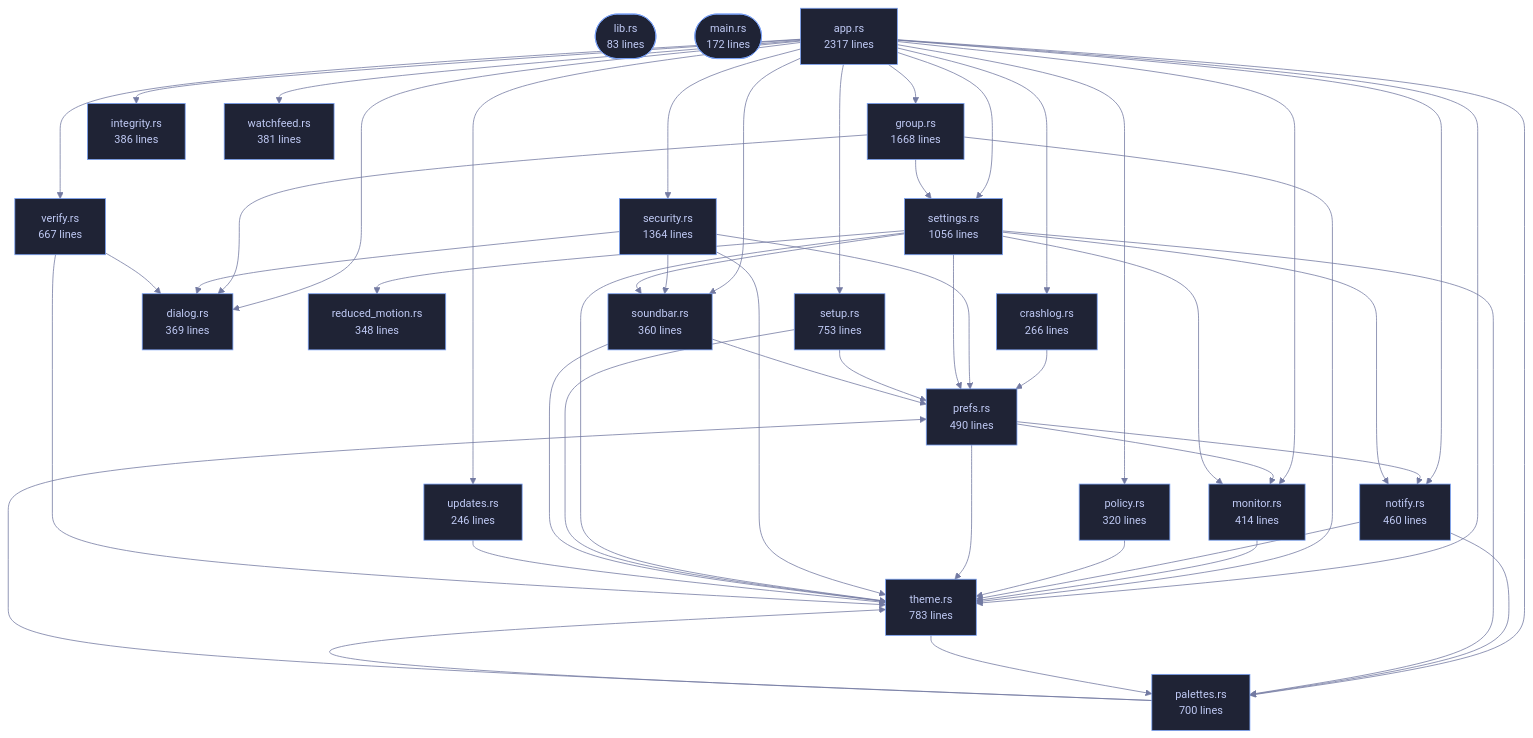
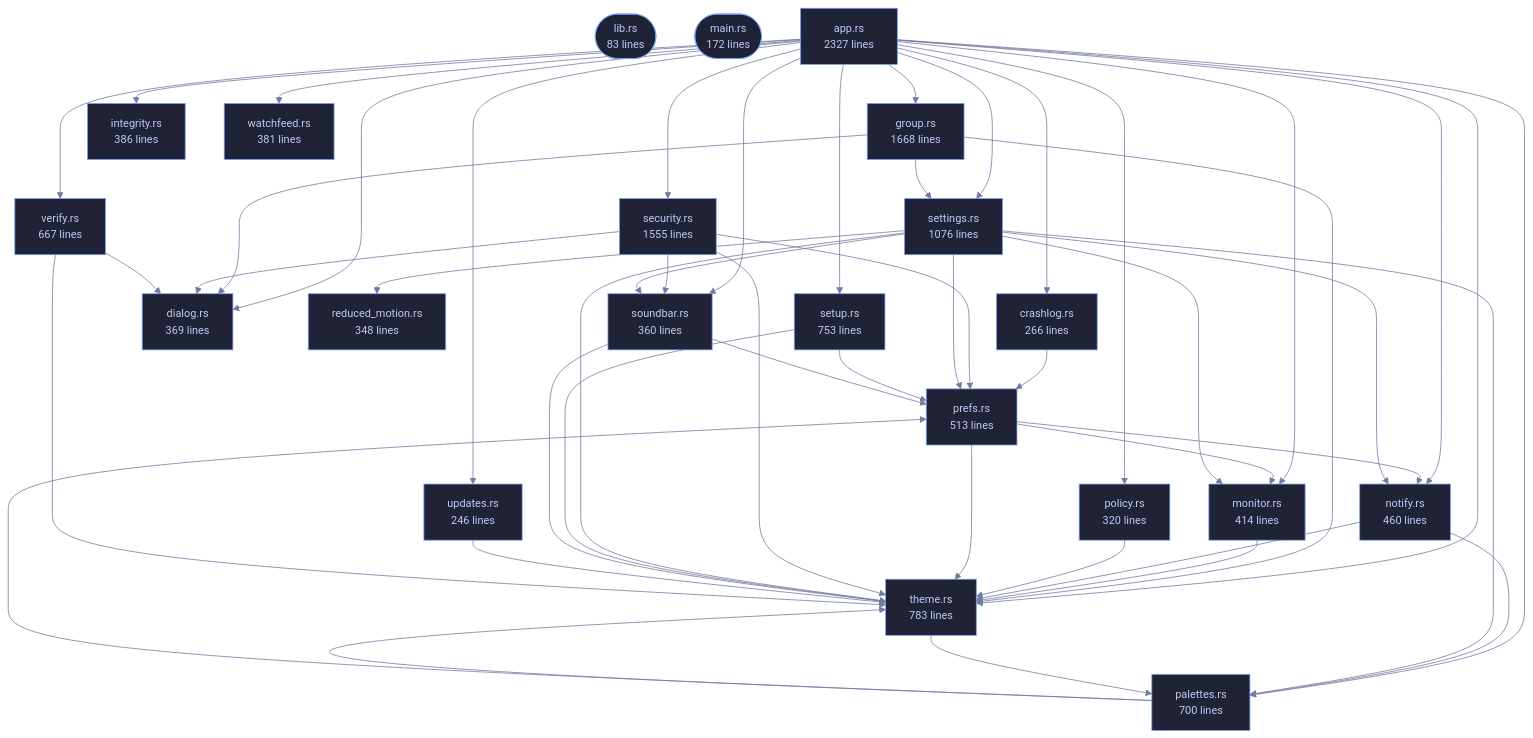
The diagram in crates/veilvoice-gui/README.md (tilas01/veilvoice), drawn with Mermaid before and after one commit. The commit also changed other lines of this file and 49 other files, not shown here.

```diff
--- a/crates/veilvoice-gui/README.md
+++ b/crates/veilvoice-gui/README.md
@@ -96,7 +96,7 @@
 flowchart TD
     n_lib(["lib.rs<br/>83 lines"])
     n_main(["main.rs<br/>172 lines"])
-    n_app["app.rs<br/>2317 lines"]
+    n_app["app.rs<br/>2327 lines"]
     n_crashlog["crashlog.rs<br/>266 lines"]
     n_dialog["dialog.rs<br/>369 lines"]
     n_group["group.rs<br/>1668 lines"]
@@ -105,10 +105,10 @@
     n_notify["notify.rs<br/>460 lines"]
     n_palettes["palettes.rs<br/>700 lines"]
     n_policy["policy.rs<br/>320 lines"]
-    n_prefs["prefs.rs<br/>490 lines"]
+    n_prefs["prefs.rs<br/>513 lines"]
     n_reduced_motion["reduced_motion.rs<br/>348 lines"]
-    n_security["security.rs<br/>1364 lines"]
-    n_settings["settings.rs<br/>1056 lines"]
+    n_security["security.rs<br/>1555 lines"]
+    n_settings["settings.rs<br/>1076 lines"]
     n_setup["setup.rs<br/>753 lines"]
     n_soundbar["soundbar.rs<br/>360 lines"]
     n_theme["theme.rs<br/>783 lines"]
```
